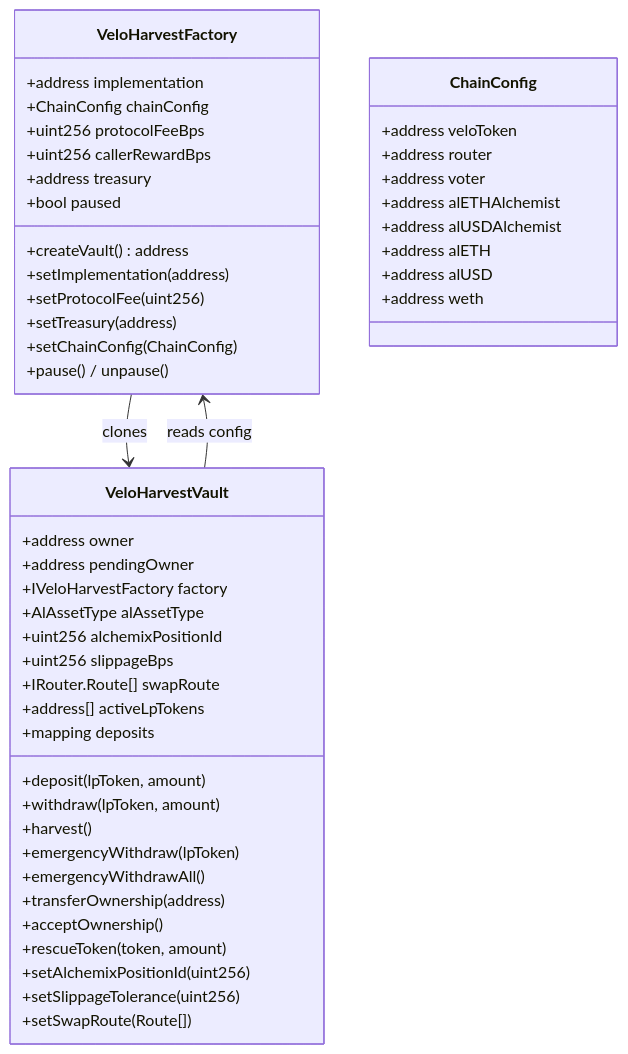
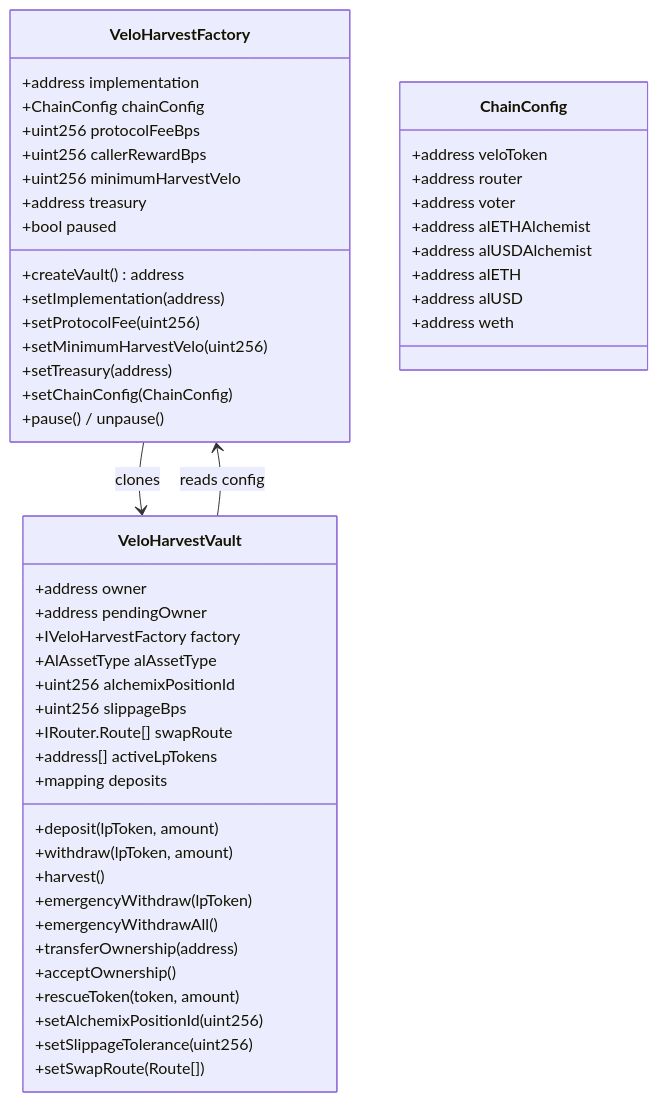
Before and after one commit to imimim-username/veloLPharvest: the second of 2 diagrams in project_plan.md, drawn with Mermaid. The commit also changed other lines of this file, not shown here.

````diff
--- a/project_plan.md
+++ b/project_plan.md
@@ -73,54 +73,56 @@
 ```mermaid
 classDiagram
     class VeloHarvestFactory {
         +address implementation
         +ChainConfig chainConfig
         +uint256 protocolFeeBps
         +uint256 callerRewardBps
+        +uint256 minimumHarvestVelo
         +address treasury
         +bool paused
         +createVault() address
         +setImplementation(address)
         +setProtocolFee(uint256)
+        +setMinimumHarvestVelo(uint256)
         +setTreasury(address)
         +setChainConfig(ChainConfig)
         +pause() / unpause()
     }
 
     class VeloHarvestVault {
         +address owner
         +address pendingOwner
         +IVeloHarvestFactory factory
         +AlAssetType alAssetType
         +uint256 alchemixPositionId
         +uint256 slippageBps
         +IRouter.Route[] swapRoute
         +address[] activeLpTokens
         +mapping deposits
         +deposit(lpToken, amount)
         +withdraw(lpToken, amount)
         +harvest()
         +emergencyWithdraw(lpToken)
         +emergencyWithdrawAll()
         +transferOwnership(address)
         +acceptOwnership()
         +rescueToken(token, amount)
         +setAlchemixPositionId(uint256)
         +setSlippageTolerance(uint256)
         +setSwapRoute(Route[])
     }
 
     class ChainConfig {
         +address veloToken
         +address router
         +address voter
         +address alETHAlchemist
         +address alUSDAlchemist
         +address alETH
         +address alUSD
         +address weth
     }
 
     VeloHarvestFactory --> VeloHarvestVault : clones
     VeloHarvestVault --> VeloHarvestFactory : reads config
 ```
````
